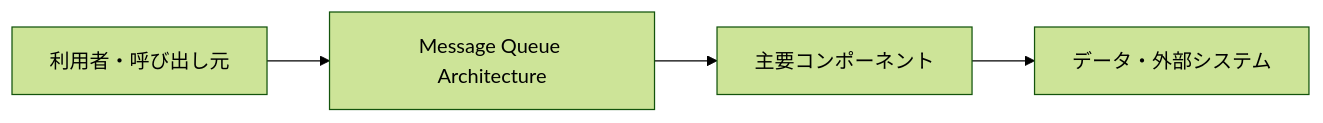
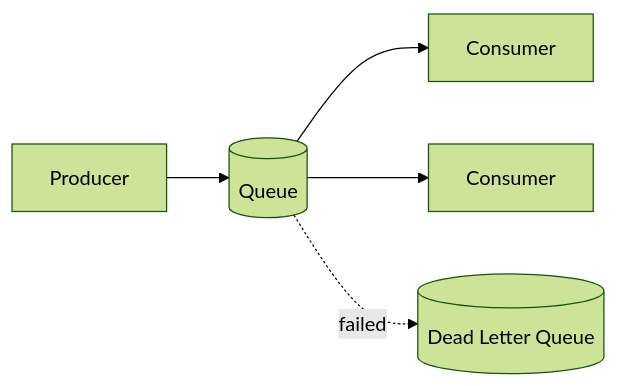
One commit to t-shirayama/architecture-notes changed the diagram in docs/エンタープライズ統合・連携系/メッセージキューアーキテクチャ.md. Above: the diagram before and after it, drawn with Mermaid (forest theme). The commit also changed other lines of this file and 32 other files, not shown here.

Commit message:
docs: refine remaining architecture notes

````diff
--- a/docs/エンタープライズ統合・連携系/メッセージキューアーキテクチャ.md
+++ b/docs/エンタープライズ統合・連携系/メッセージキューアーキテクチャ.md
@@ -24,6 +28,7 @@
 ```mermaid
 flowchart LR
-    A[利用者・呼び出し元] --> B[Message Queue Architecture]
-    B --> C[主要コンポーネント]
-    C --> D[データ・外部システム]
+    Producer --> Queue[(Queue)]
+    Queue --> ConsumerA[Consumer]
+    Queue --> ConsumerB[Consumer]
+    Queue -. failed .-> DLQ[(Dead Letter Queue)]
 ```
````
